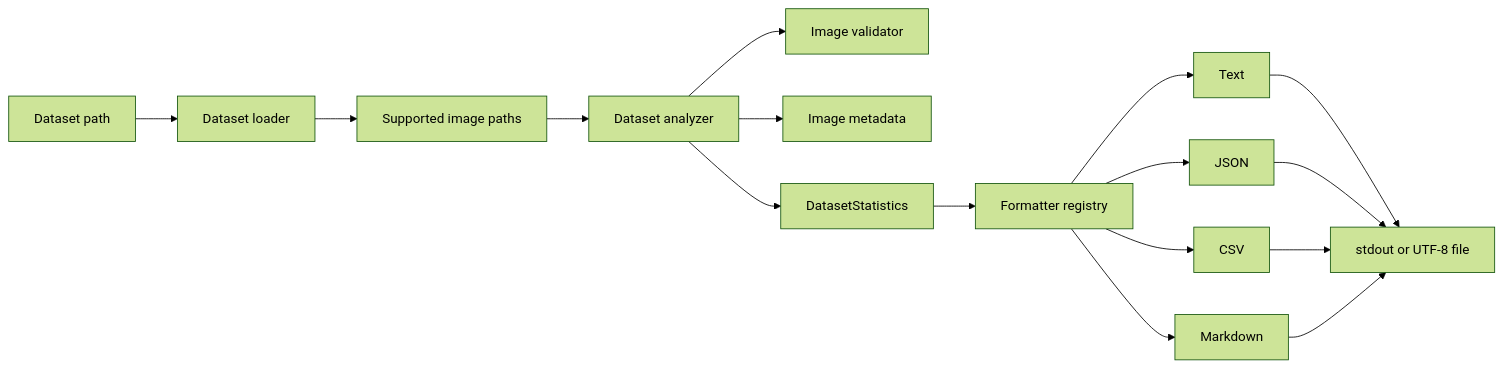
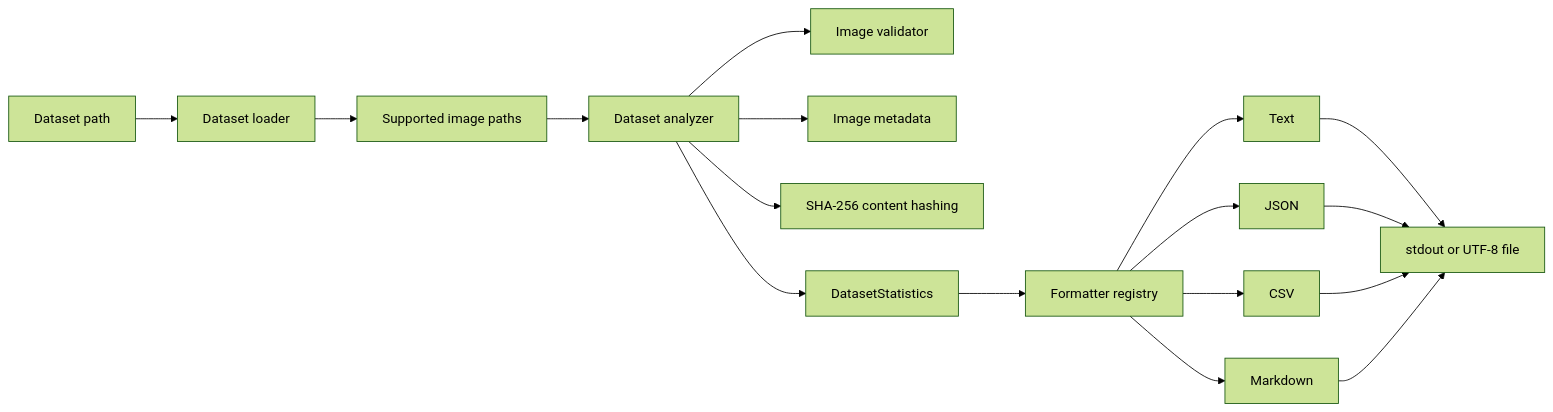
Before and after one commit to JervisAnthony/posedion-ai: the diagram in docs/architecture.md, drawn with Mermaid (forest theme). The commit also changed other lines of this file and 16 other files, not shown here.

````diff
--- a/docs/architecture.md
+++ b/docs/architecture.md
@@ -10,18 +10,19 @@
 ```mermaid
 flowchart LR
     A[Dataset path] --> B[Dataset loader]
     B --> C[Supported image paths]
     C --> D[Dataset analyzer]
     D --> E[Image validator]
     D --> F[Image metadata]
+    D --> N[SHA-256 content hashing]
     D --> G[DatasetStatistics]
     G --> H[Formatter registry]
     H --> I[Text]
     H --> J[JSON]
     H --> K[CSV]
     H --> L[Markdown]
     I --> M[stdout or UTF-8 file]
     J --> M
     K --> M
     L --> M
 ```
````
